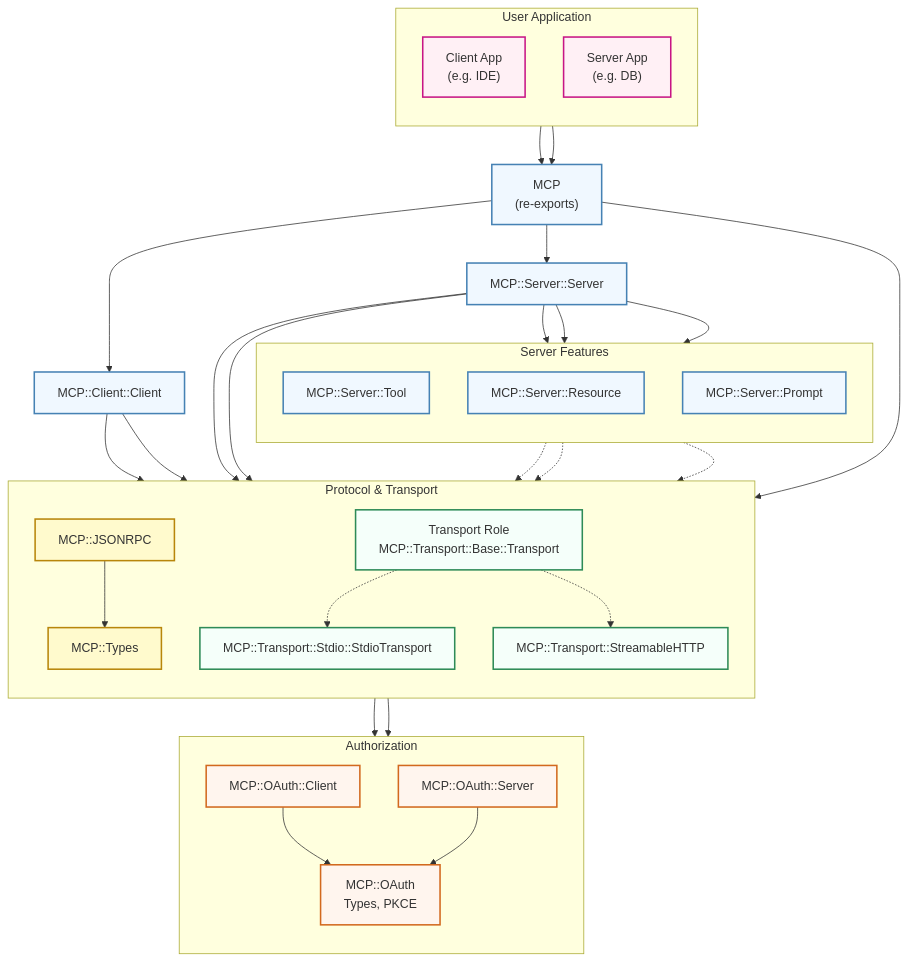
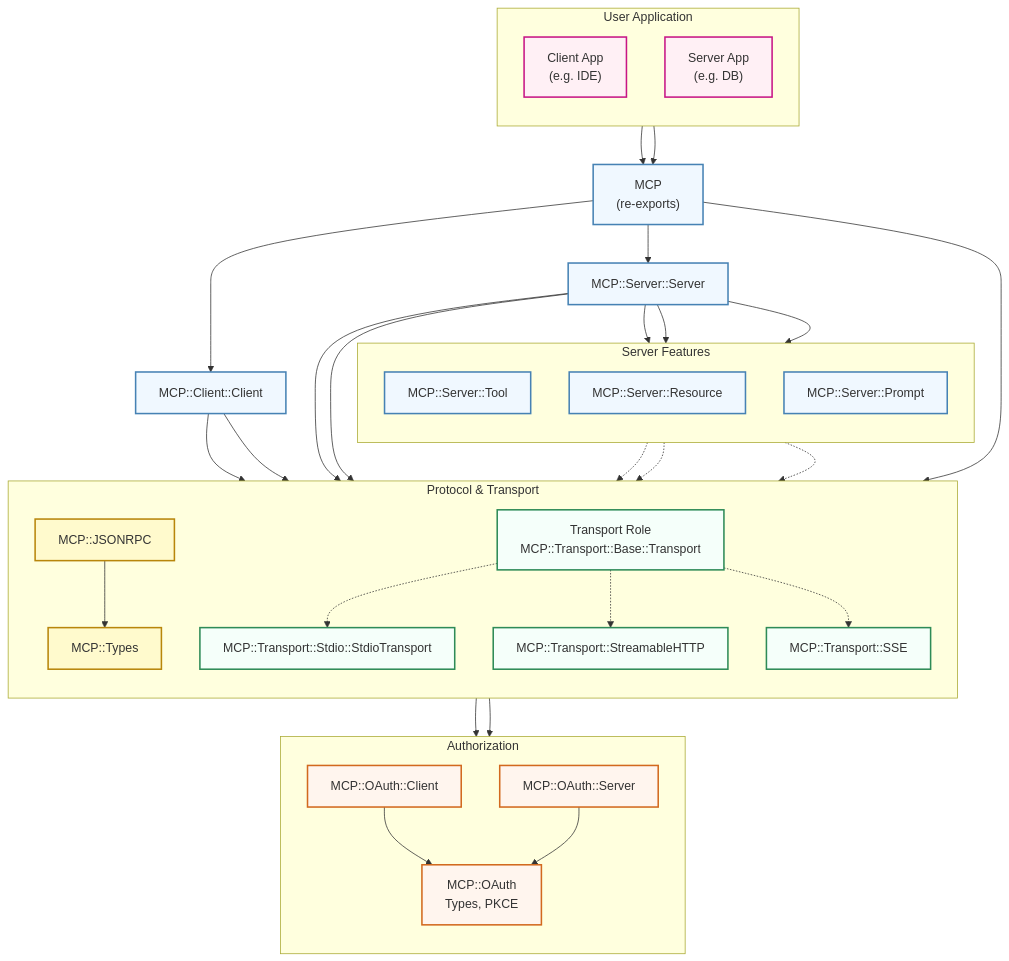
The diagram in architecture/architecture.mmd (wkusnierczyk/raku-mcp-sdk), drawn with Mermaid before and after one commit. The commit also changed 4 other files, not shown here.

```diff
--- a/architecture/architecture.mmd
+++ b/architecture/architecture.mmd
@@ -1,77 +1,79 @@
 graph TD
     %% Raku MCP SDK Architecture
     %% Vertical layout for narrow displays
 
     %% Styling
     classDef sdk fill:#f0f8ff,stroke:#4682b4,stroke-width:2px;
     classDef user fill:#fff0f5,stroke:#c71585,stroke-width:2px;
     classDef transport fill:#f5fffa,stroke:#2e8b57,stroke-width:2px;
     classDef protocol fill:#fffacd,stroke:#b8860b,stroke-width:2px;
 
     subgraph UserLayer ["User Application"]
         direction TB
         A["Client App<br>(e.g. IDE)"]
         B["Server App<br>(e.g. DB)"]
     end
 
     MCP["MCP<br/>(re-exports)"]
     
     A --> MCP
     B --> MCP
 
     MCP --> Client[MCP::Client::Client]
     MCP --> Server[MCP::Server::Server]
     MCP --> Types
 
     subgraph Features ["Server Features"]
         direction TB
         Tool[MCP::Server::Tool]
         Resource[MCP::Server::Resource]
         Prompt[MCP::Server::Prompt]
     end
 
     Server --> Tool
     Server --> Resource
     Server --> Prompt
 
     subgraph Protocol ["Protocol & Transport"]
         direction TB
         JSONRPC[MCP::JSONRPC]
         Types[MCP::Types]
         Transport["Transport Role<br/>MCP::Transport::Base::Transport"]
         Stdio["MCP::Transport::Stdio::StdioTransport"]
         HTTP["MCP::Transport::StreamableHTTP"]
+        SSE["MCP::Transport::SSE"]
     end
 
     subgraph Auth ["Authorization"]
         direction TB
         OAuth[MCP::OAuth<br/>Types, PKCE]
         OAuthClient[MCP::OAuth::Client]
         OAuthServer[MCP::OAuth::Server]
     end
 
     Client --> JSONRPC
     Server --> JSONRPC
     JSONRPC --> Types
 
     Client --> Transport
     Server --> Transport
     Transport -.-> Stdio
     Transport -.-> HTTP
+    Transport -.-> SSE
 
     HTTP --> OAuthClient
     HTTP --> OAuthServer
     OAuthClient --> OAuth
     OAuthServer --> OAuth
 
     Tool -.-> Types
     Resource -.-> Types
     Prompt -.-> Types
 
     %% Apply classes
     classDef auth fill:#fff5ee,stroke:#d2691e,stroke-width:2px;
     class A,B user;
     class MCP,Client,Server,Tool,Resource,Prompt sdk;
     class JSONRPC,Types protocol;
-    class Transport,Stdio,HTTP transport;
+    class Transport,Stdio,HTTP,SSE transport;
     class OAuth,OAuthClient,OAuthServer auth;
```
